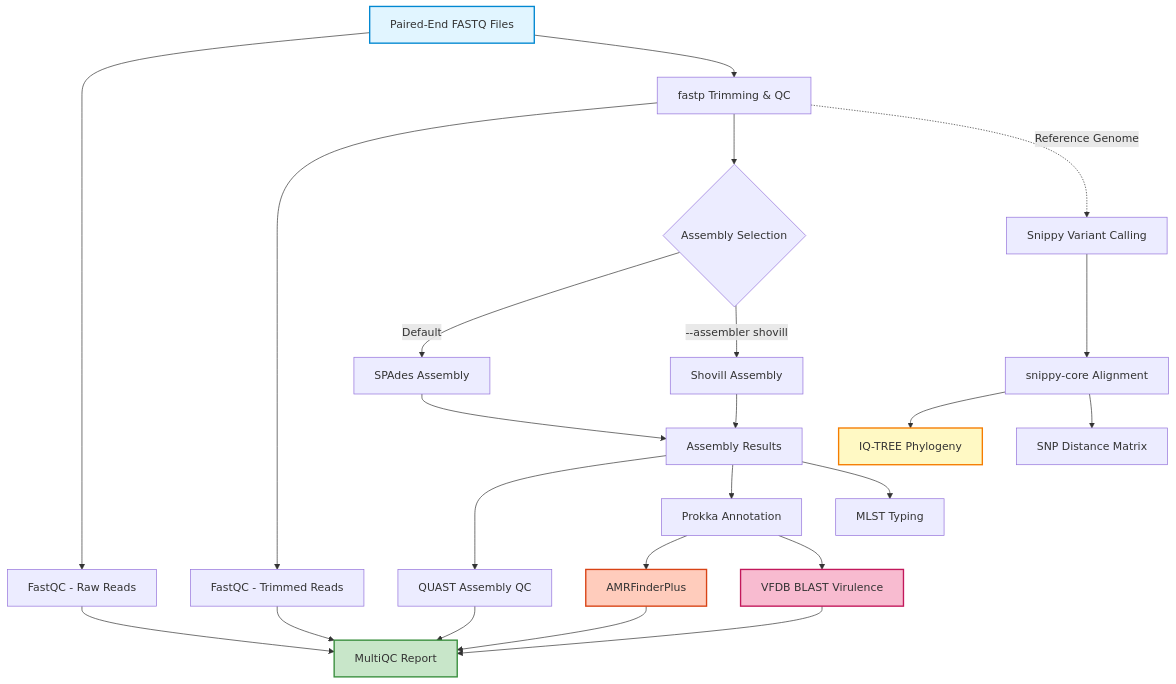
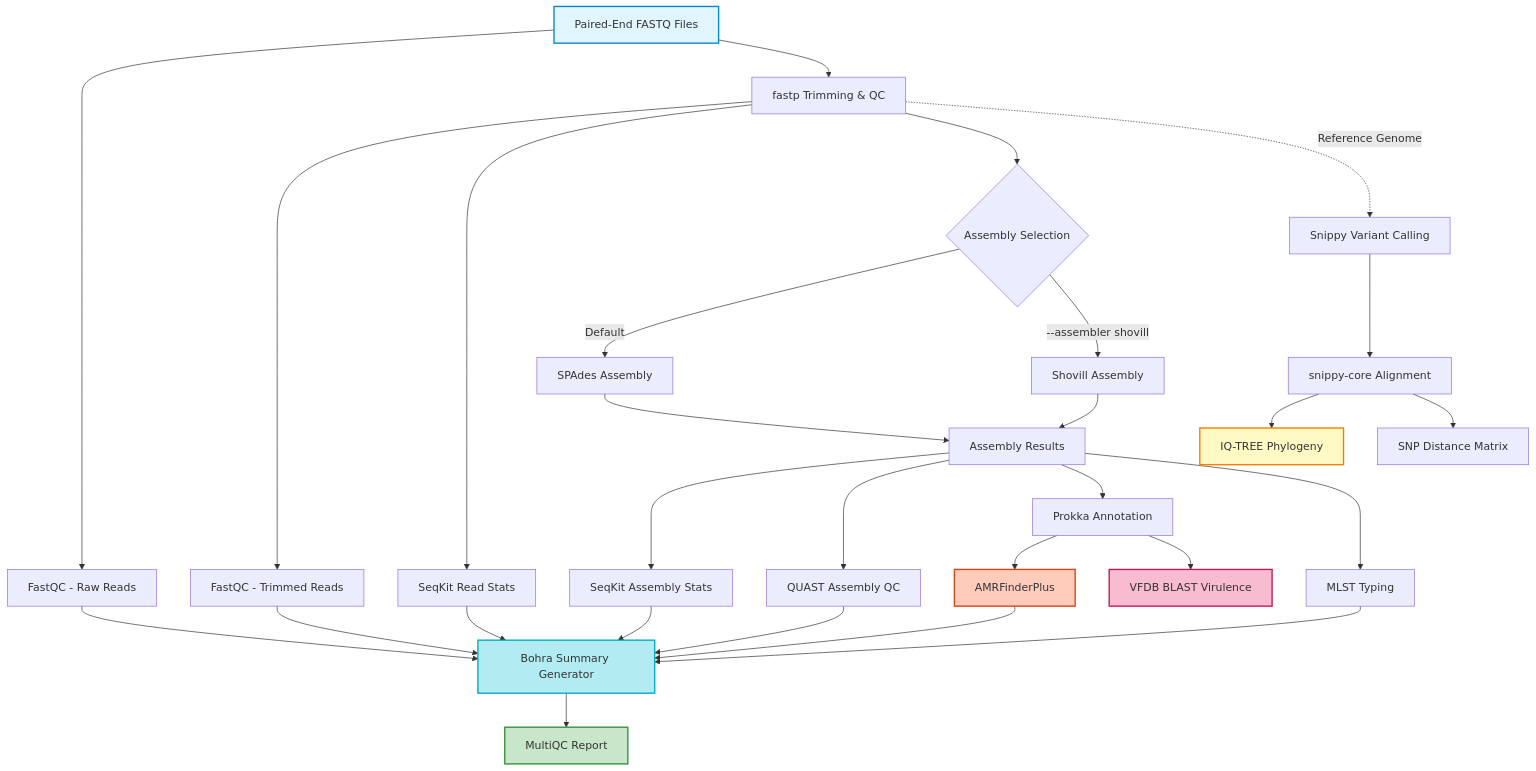
The diagram in README.md (cerorziks/bacterial-genome-pipeline), drawn with Mermaid before and after one commit. The commit also changed other lines of this file and 5 other files, not shown here.

Commit message:
Implement MDU/Bohra-style reporting and SeqKit stats

````diff
--- a/README.md
+++ b/README.md
@@ -21,38 +22,45 @@
 ```mermaid
 graph TD
     A[Paired-End FASTQ Files] --> B[FastQC - Raw Reads]
     A --> C[fastp Trimming & QC]
     
     C --> D[FastQC - Trimmed Reads]
+    C --> S1[SeqKit Read Stats]
     C --> E{Assembly Selection}
     
     E -- Default --> E1[SPAdes Assembly]
     E -- "--assembler shovill" --> E2[Shovill Assembly]
     
     E1 --> F[Assembly Results]
     E2 --> F
     
+    F --> S2[SeqKit Assembly Stats]
     F --> G[QUAST Assembly QC]
     F --> H[Prokka Annotation]
     F --> I[MLST Typing]
     
     H --> J[AMRFinderPlus]
     H --> K[VFDB BLAST Virulence]
     
     C -.Reference Genome.-> L[Snippy Variant Calling]
     L --> M[snippy-core Alignment]
     M --> N[IQ-TREE Phylogeny]
     M --> P[SNP Distance Matrix]
     
-    B --> Q[MultiQC Report]
-    D --> Q
-    G --> Q
-    J --> Q
-    K --> Q
+    B --> BS[Bohra Summary Generator]
+    D --> BS
+    S1 --> BS
+    S2 --> BS
+    G --> BS
+    J --> BS
+    I --> BS
+    
+    BS --> Q[MultiQC Report]
     
     style A fill:#e1f5ff,stroke:#0288d1,stroke-width:2px
     style Q fill:#c8e6c9,stroke:#388e3c,stroke-width:2px
     style N fill:#fff9c4,stroke:#f57c00,stroke-width:2px
     style J fill:#ffccbc,stroke:#d84315,stroke-width:2px
     style K fill:#f8bbd0,stroke:#c2185b,stroke-width:2px
+    style BS fill:#b2ebf2,stroke:#00acc1,stroke-width:2px
 ```
````
